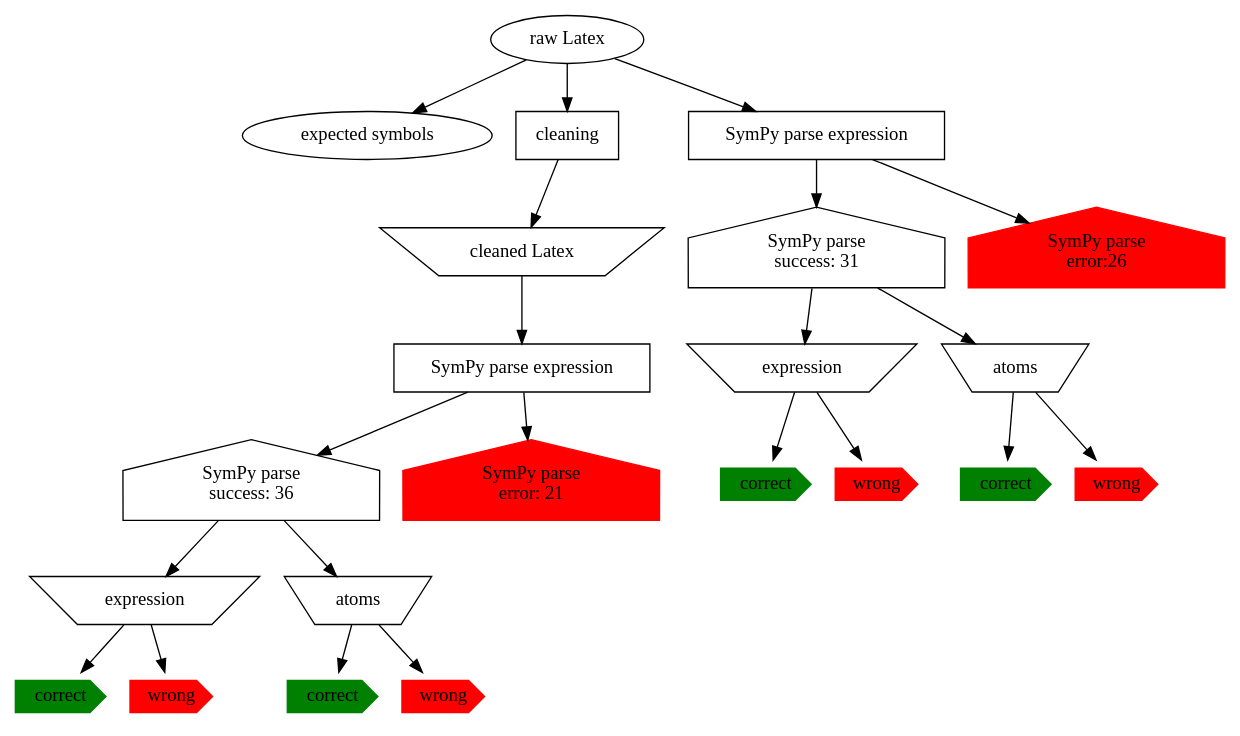
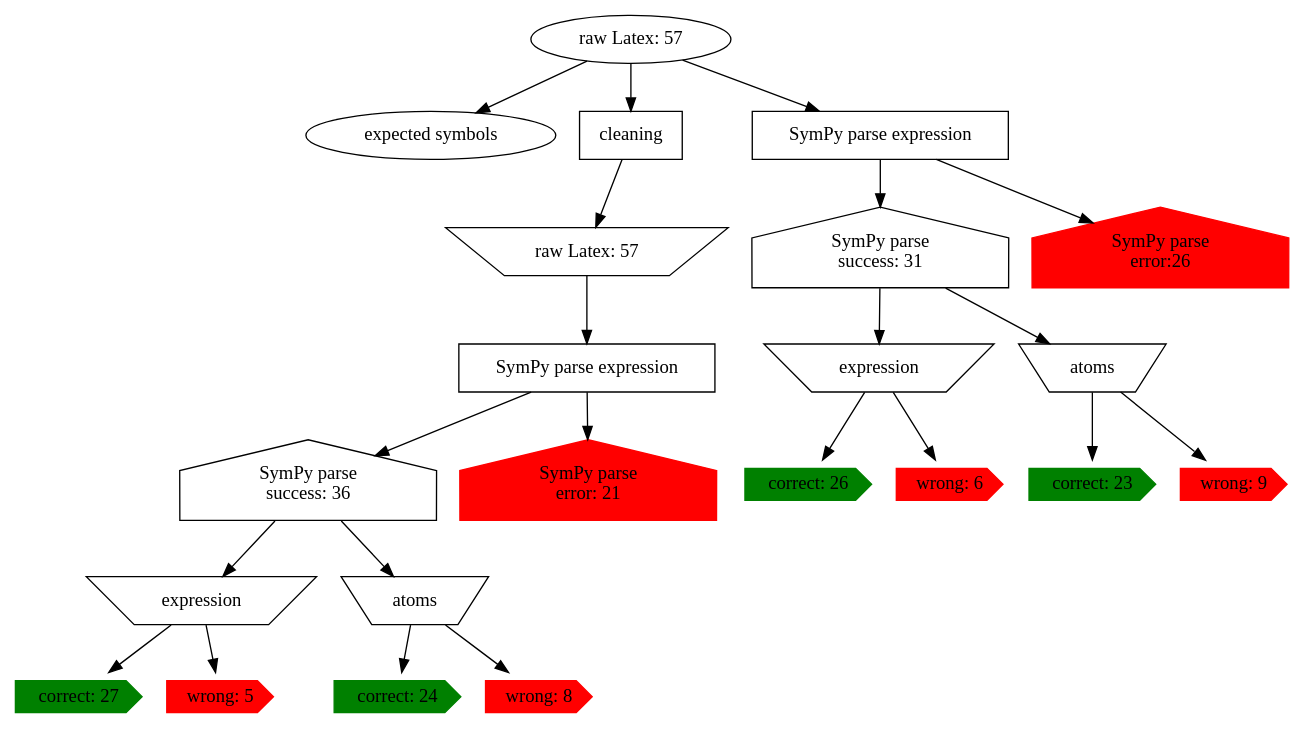
The diagram in decision_tree.dot (allofphysicsgraph/latex-example-expressions), drawn with Graphviz before and after one commit. The commit also changed 3 other files, not shown here.

```diff
--- a/decision_tree.dot
+++ b/decision_tree.dot
@@ -1,73 +1,81 @@
 digraph G {
     //rankdir="LR";
 
-  "raw Latex" [shape="oval"]; // manual
+  "raw Latex" [shape="oval" label="raw Latex: 57"]; // manual
   "expected symbols" [shape="oval"]; // manual
   
   "raw Latex" -> "expected symbols";
   
   "cleaning" [shape="rectangle"]; // action
   
   "raw Latex" -> "cleaning";
  
-  "cleaned Latex" [shape="invtrapezium"]; // intermediate file
+  "cleaned Latex" [shape="invtrapezium" label="raw Latex: 57"]; // intermediate file
   
   "cleaning" -> "cleaned Latex";
   
   sympy_parse_raw [shape="rectangle" label="SymPy parse expression"]; // action
   
   "raw Latex" -> sympy_parse_raw;
 
   sympy_parse_clean [shape="rectangle" label="SymPy parse expression"]; // action
  
   "cleaned Latex" ->  sympy_parse_clean;
 
   sympy_raw_success [shape="house", label="SymPy parse\nsuccess: 31"];
   sympy_raw_error [shape="house" style=filled color=red, label="SymPy parse\nerror:26 "];
 
   sympy_parse_raw -> sympy_raw_success;
   sympy_parse_raw -> sympy_raw_error;
 
   sympy_clean_success [shape="house", label="SymPy parse\nsuccess: 36"];
   sympy_clean_error [shape="house" style=filled color=red, label="SymPy parse\nerror: 21"];
   
   sympy_parse_clean -> sympy_clean_success;
   sympy_parse_clean -> sympy_clean_error;
   
   raw_sympy_expr  [label="expression" shape="invtrapezium"]; // intermediate file
   raw_sympy_atoms  [label="atoms" shape="invtrapezium"]; // intermediate file
 
   sympy_raw_success -> raw_sympy_expr;
   sympy_raw_success -> raw_sympy_atoms;
 
   clean_sympy_expr  [label="expression" shape="invtrapezium"]; // intermediate file
   clean_sympy_atoms  [label="atoms" shape="invtrapezium"]; // intermediate file
   
   sympy_clean_success -> clean_sympy_expr;
   sympy_clean_success -> clean_sympy_atoms;
   
-  sympy_clean_expr_correct [shape=cds style=filled color=green, label="correct"];
-  sympy_clean_expr_wrong [shape=cds style=filled color=red, label="wrong"];
+  sympy_clean_expr_correct [shape=cds style=filled color=green, label="correct: 27"];
+  // cat main.tex | grep "SymPy parsed clean" | grep CORRECT | wc -l
+  sympy_clean_expr_wrong [shape=cds style=filled color=red, label="wrong: 5"];
+  // cat main.tex | grep "SymPy parsed clean" | grep WRONG | wc -l
  
   clean_sympy_expr -> sympy_clean_expr_correct;
   clean_sympy_expr -> sympy_clean_expr_wrong;
 
-  sympy_clean_atoms_correct [shape=cds style=filled color=green, label="correct"];
-  sympy_clean_atoms_wrong [shape=cds style=filled color=red, label="wrong"];
+  sympy_clean_atoms_correct [shape=cds style=filled color=green, label="correct: 24"];
+  // cat main.tex | grep "SymPy clean atoms" | grep CORRECT | wc -l
+  sympy_clean_atoms_wrong [shape=cds style=filled color=red, label="wrong: 8"];
+  // cat main.tex | grep "SymPy clean atoms" | grep WRONG | wc -l
  
   clean_sympy_atoms -> sympy_clean_atoms_correct;
   clean_sympy_atoms -> sympy_clean_atoms_wrong;
  
-  sympy_raw_expr_correct [shape=cds style=filled color=green, label="correct"];
-  sympy_raw_expr_wrong [shape=cds style=filled color=red, label="wrong"];
+  sympy_raw_expr_correct [shape=cds style=filled color=green, label="correct: 26"];
+  // cat main.tex | grep "SymPy parsed raw" | grep CORRECT | wc -l
+  sympy_raw_expr_wrong [shape=cds style=filled color=red, label="wrong: 6"];
+  // cat main.tex | grep "SymPy parsed raw" | grep WRONG | wc -l
  
   raw_sympy_expr -> sympy_raw_expr_correct;
   raw_sympy_expr -> sympy_raw_expr_wrong;
 
-  sympy_raw_atoms_correct [shape=cds style=filled color=green, label="correct"];
-  sympy_raw_atoms_wrong [shape=cds style=filled color=red, label="wrong"];
+  sympy_raw_atoms_correct [shape=cds style=filled color=green, label="correct: 23"];
+  // cat main.tex | grep "SymPy raw atoms" | grep CORRECT | wc -l
+  sympy_raw_atoms_wrong [shape=cds style=filled color=red, label="wrong: 9"];
+  // cat main.tex | grep "SymPy raw atoms" | grep WRONG | wc -l
  
   raw_sympy_atoms -> sympy_raw_atoms_correct;
   raw_sympy_atoms -> sympy_raw_atoms_wrong;
   
 }
```
